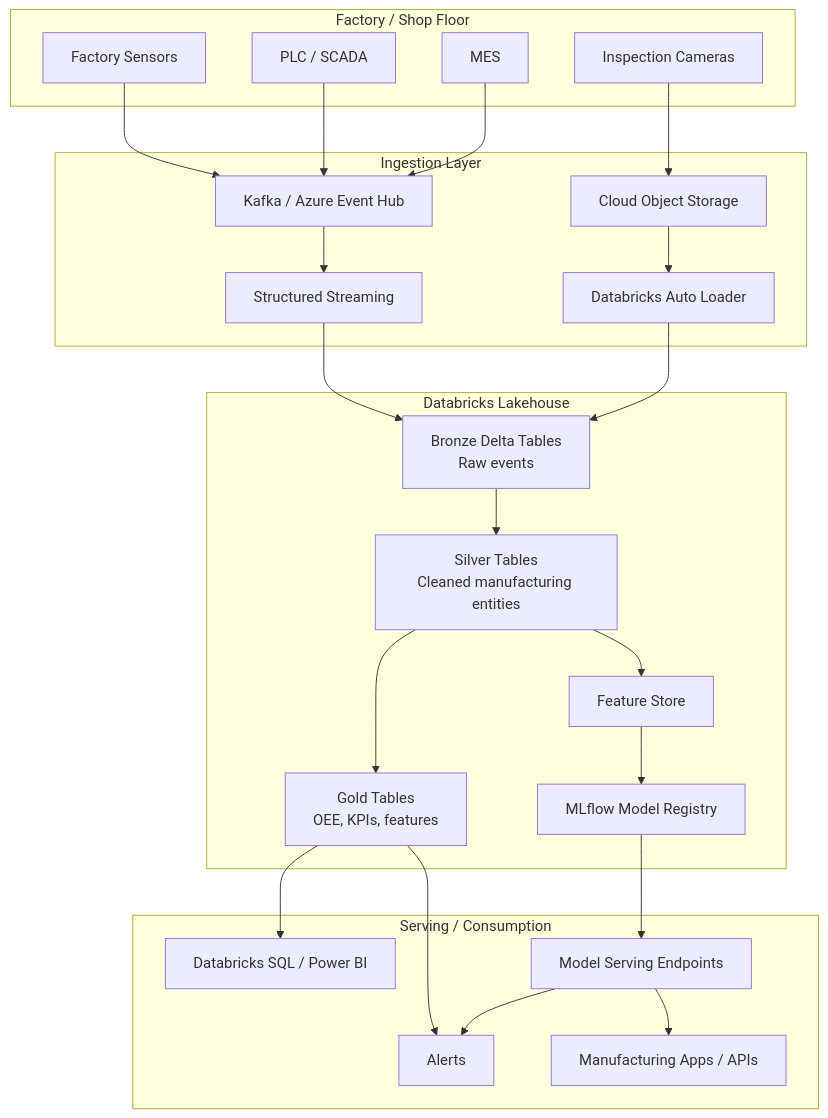
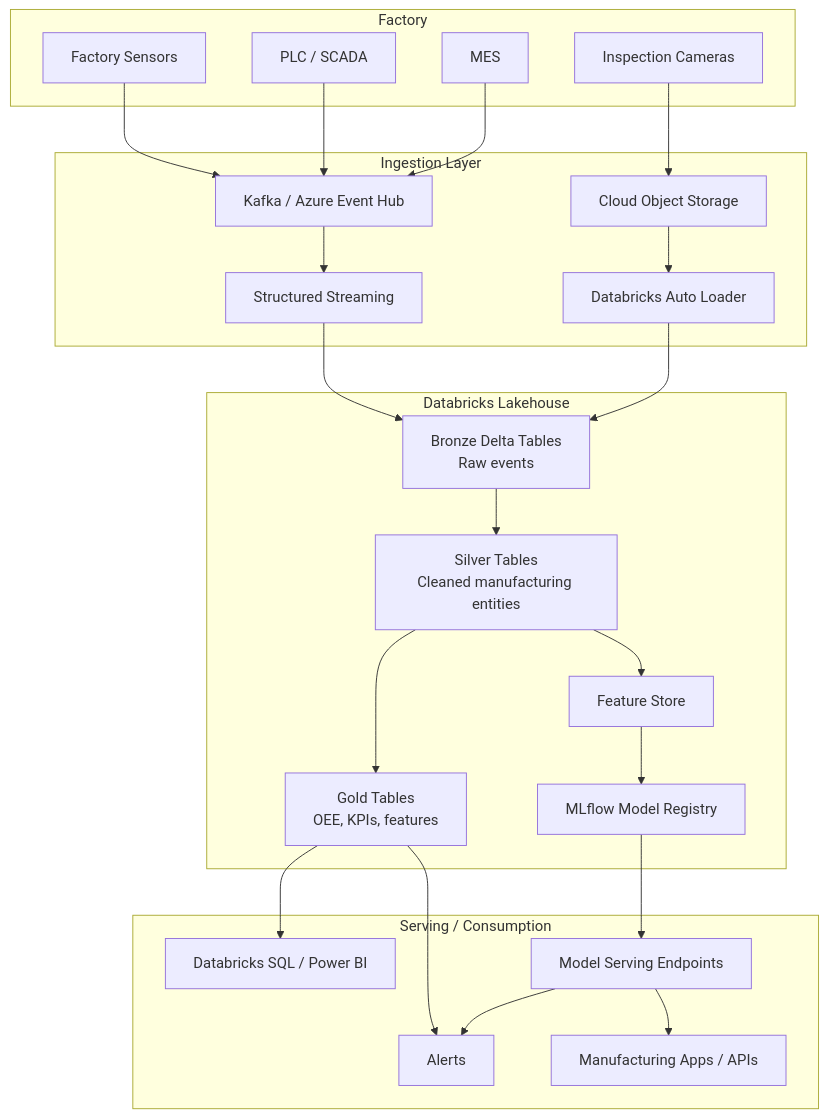
The diagram in README.md (SOLVERIGHT/smart-manufacturing), drawn with Mermaid before and after one commit.

````diff
--- a/README.md
+++ b/README.md
@@ -3,59 +3,59 @@
 ```mermaid
 flowchart TB
 
     %% External factory systems
-    subgraph Factory["Factory / Shop Floor"]
+    subgraph Factory["Factory"]
         Sensors["Factory Sensors"]
         PLC["PLC / SCADA"]
         MES["MES"]
         Cameras["Inspection Cameras"]
     end
 
     %% Ingestion layer
     subgraph Ingestion["Ingestion Layer"]
         Kafka["Kafka / Azure Event Hub"]
         ObjectStorage["Cloud Object Storage"]
         AutoLoader["Databricks Auto Loader"]
         Streaming["Structured Streaming"]
     end
 
     %% Lakehouse layer
     subgraph Lakehouse["Databricks Lakehouse"]
         Bronze["Bronze Delta Tables<br/>Raw events"]
         Silver["Silver Tables<br/>Cleaned manufacturing entities"]
         Gold["Gold Tables<br/>OEE, KPIs, features"]
         FeatureStore["Feature Store"]
         MLflow["MLflow Model Registry"]
     end
 
     %% Serving layer
     subgraph Serving["Serving / Consumption"]
         Dashboards["Databricks SQL / Power BI"]
         Alerts["Alerts"]
         ModelServing["Model Serving Endpoints"]
         Apps["Manufacturing Apps / APIs"]
     end
 
     Sensors --> Kafka
     PLC --> Kafka
     MES --> Kafka
     Cameras --> ObjectStorage
 
     Kafka --> Streaming
     ObjectStorage --> AutoLoader
 
     Streaming --> Bronze
     AutoLoader --> Bronze
 
     Bronze --> Silver
     Silver --> Gold
     Silver --> FeatureStore
 
     FeatureStore --> MLflow
     MLflow --> ModelServing
 
     Gold --> Dashboards
     Gold --> Alerts
     ModelServing --> Apps
     ModelServing --> Alerts
 ```
````
